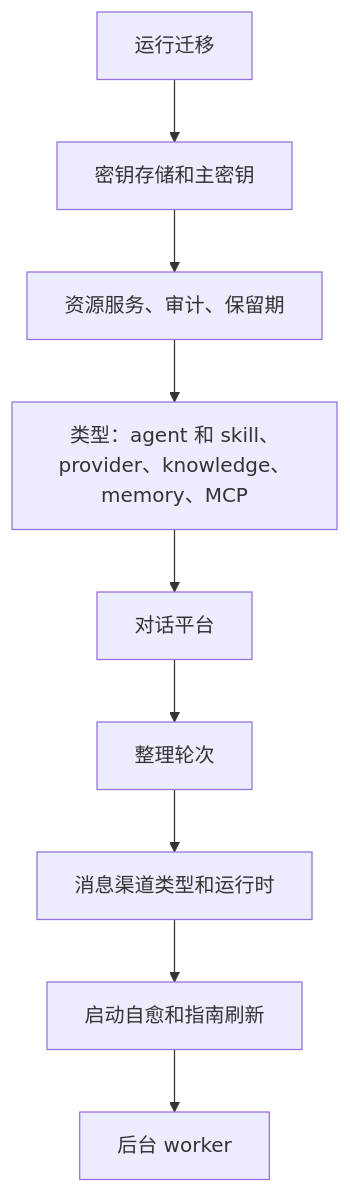
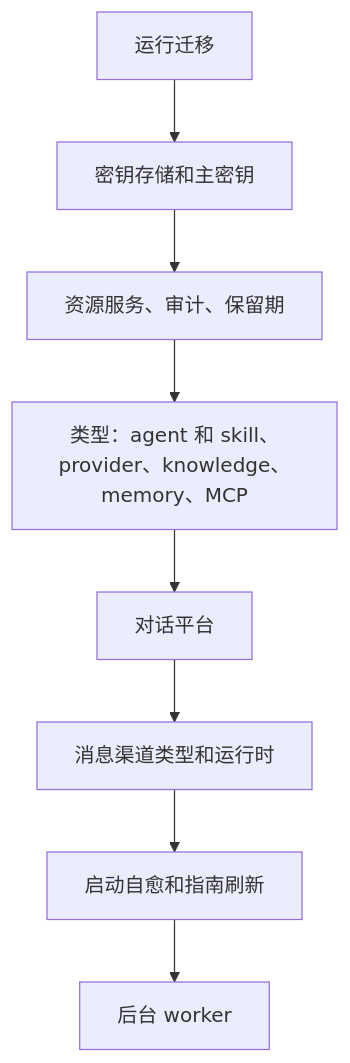
The second of 2 diagrams in docs-site/zh/architecture/layering.md (wyx-sg/Coffer), drawn with Mermaid before and after one commit. The commit also changed other lines of this file and 512 other files, not shown here.

````diff
--- a/docs-site/zh/architecture/layering.md
+++ b/docs-site/zh/architecture/layering.md
@@ -84,11 +83,10 @@
 ```mermaid
 flowchart TB
   M["运行迁移"] --> C["密钥存储和主密钥"]
   C --> R["资源服务、审计、保留期"]
   R --> K["类型：agent 和 skill、provider、knowledge、memory、MCP"]
   K --> CH["对话平台"]
-  CH --> CU["整理轮次"]
-  CU --> CN["消息渠道类型和运行时"]
+  CH --> CN["消息渠道类型和运行时"]
   CN --> H["启动自愈和指南刷新"]
   H --> W["后台 worker"]
 ```
````
